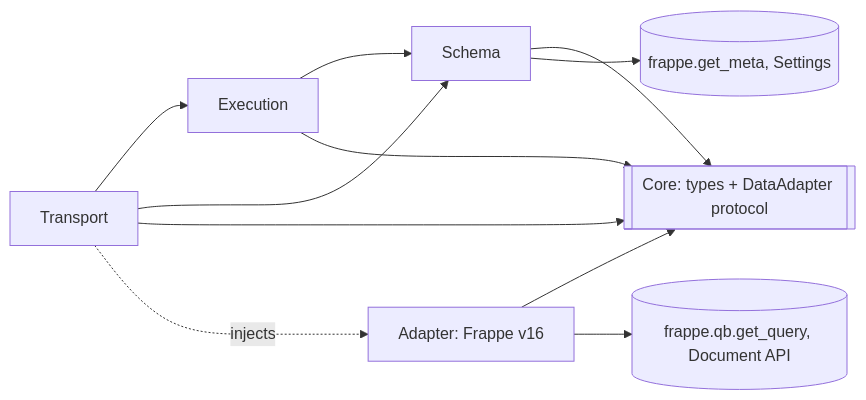
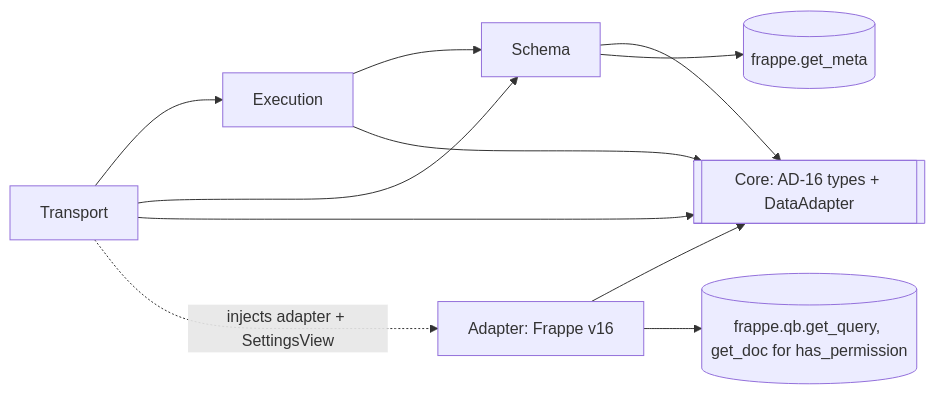
The first of 3 diagrams in _bmad-output/planning-artifacts/architecture/architecture-docweave-2026-10-24/ARCHITECTURE-SPINE.md (arieradle/docweave), drawn with Mermaid before and after one commit. The commit also changed other lines of this file and 8 other files, not shown here.

First line of the commit message:
Revise architecture after round-2 review; v1 read-only

````diff
--- a/_bmad-output/planning-artifacts/architecture/architecture-docweave-2026-10-24/ARCHITECTURE-SPINE.md
+++ b/_bmad-output/planning-artifacts/architecture/architecture-docweave-2026-10-24/ARCHITECTURE-SPINE.md
@@ -31,13 +33,13 @@
 ```mermaid
 flowchart LR
   api[Transport] --> exec[Execution]
   api --> schema[Schema]
   exec --> schema
-  exec --> core[[Core: types + DataAdapter protocol]]
+  exec --> core[[Core: AD-16 types + DataAdapter]]
   schema --> core
   api --> core
   impl[Adapter: Frappe v16] --> core
-  api -. injects .-> impl
-  schema --> meta[(frappe.get_meta, Settings)]
-  impl --> frappe[(frappe.qb.get_query, Document API)]
+  api -. injects adapter + SettingsView .-> impl
+  schema --> meta[(frappe.get_meta)]
+  impl --> frappe[(frappe.qb.get_query, get_doc for has_permission)]
 ```
````
